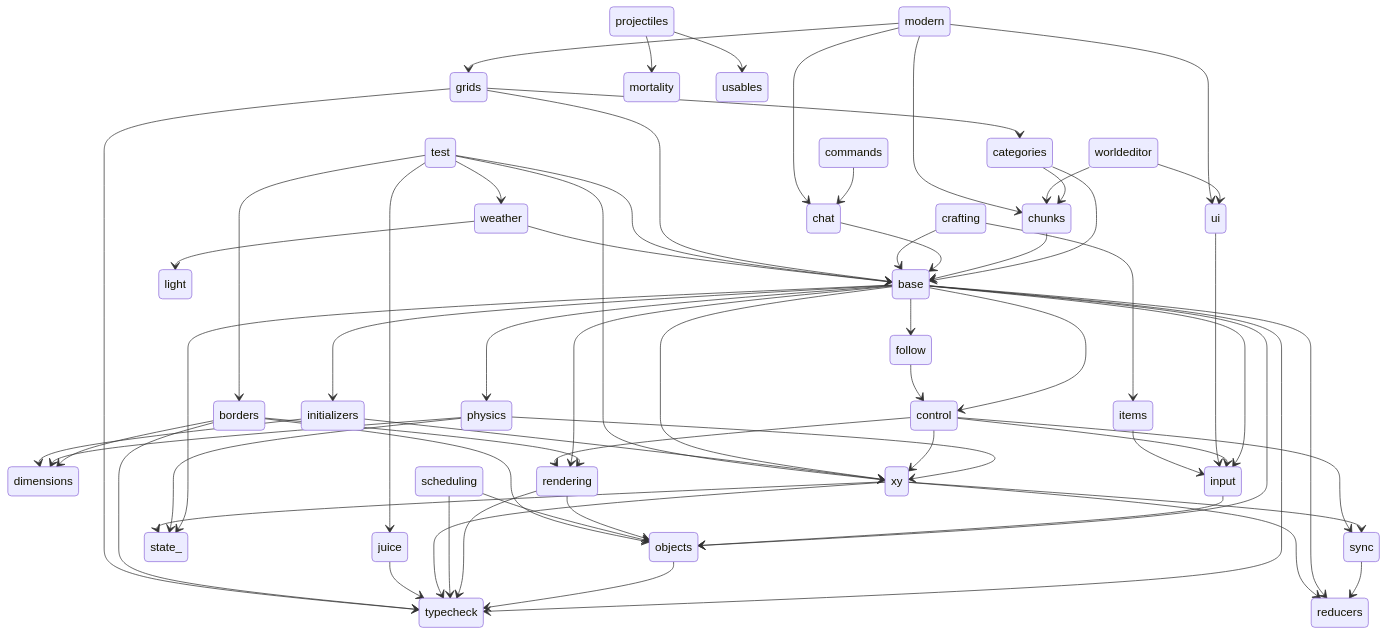
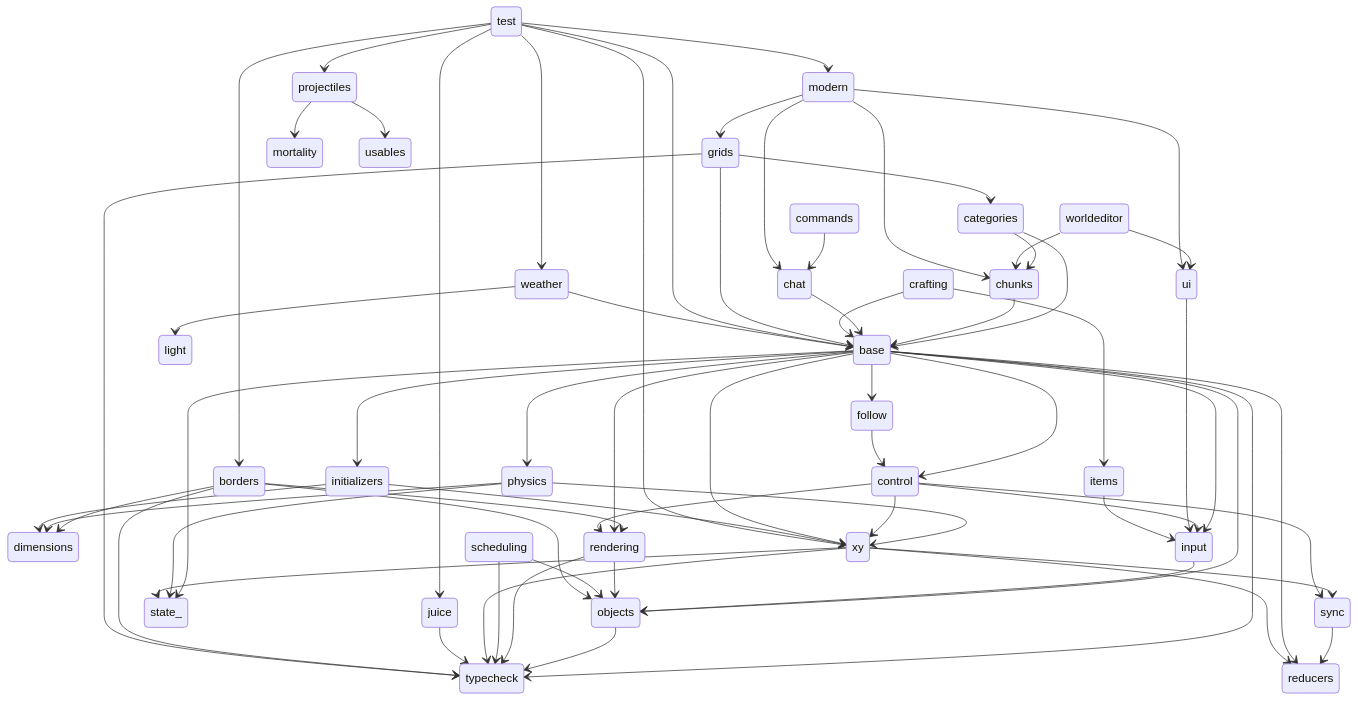
One commit to pakeke-constructor/ideas changed the third of 3 diagrams in no_versioning.md. Above: the diagram before and after it, drawn with Mermaid.

````diff
--- a/no_versioning.md
+++ b/no_versioning.md
@@ -164,5 +164,8 @@
     test     -->    xy
     test     -->    borders
 
+    test --> modern
+    test --> projectiles
+
 
 ```
````
